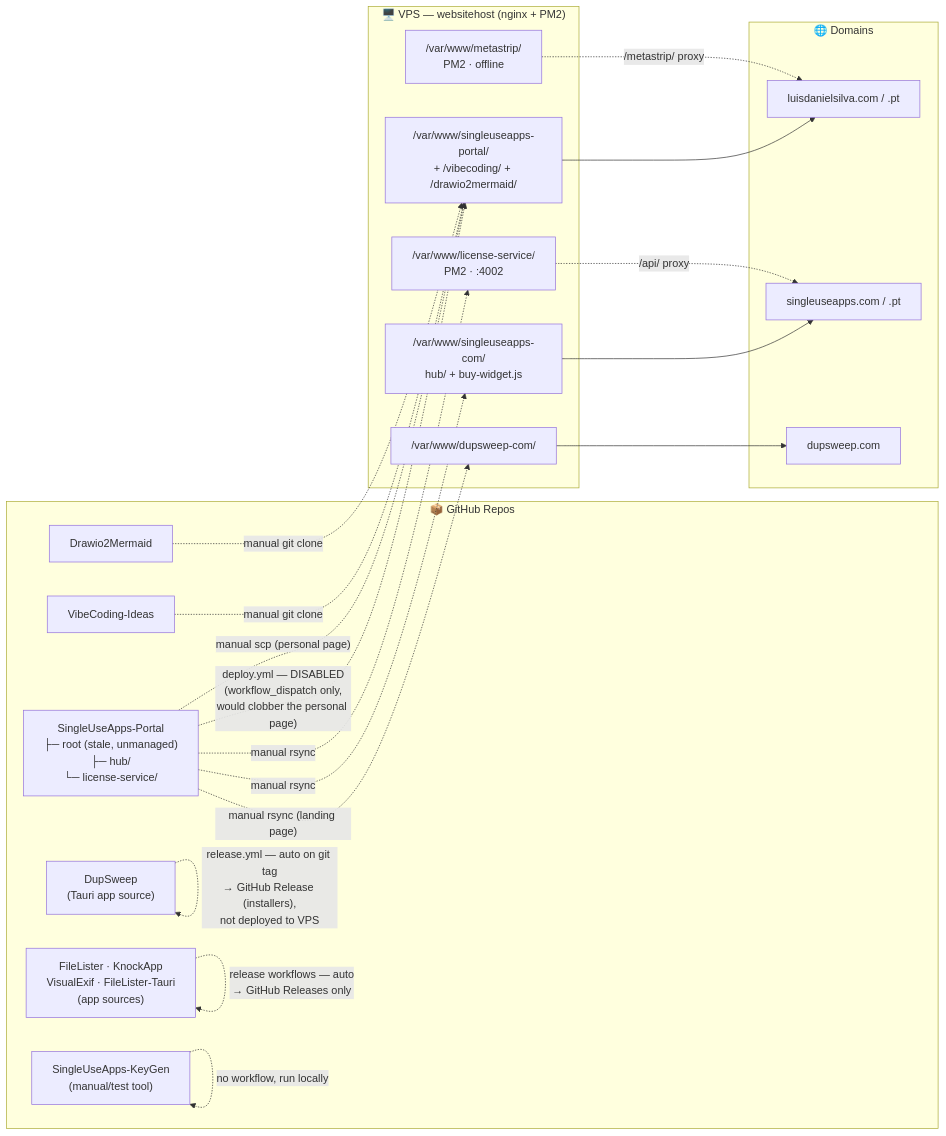
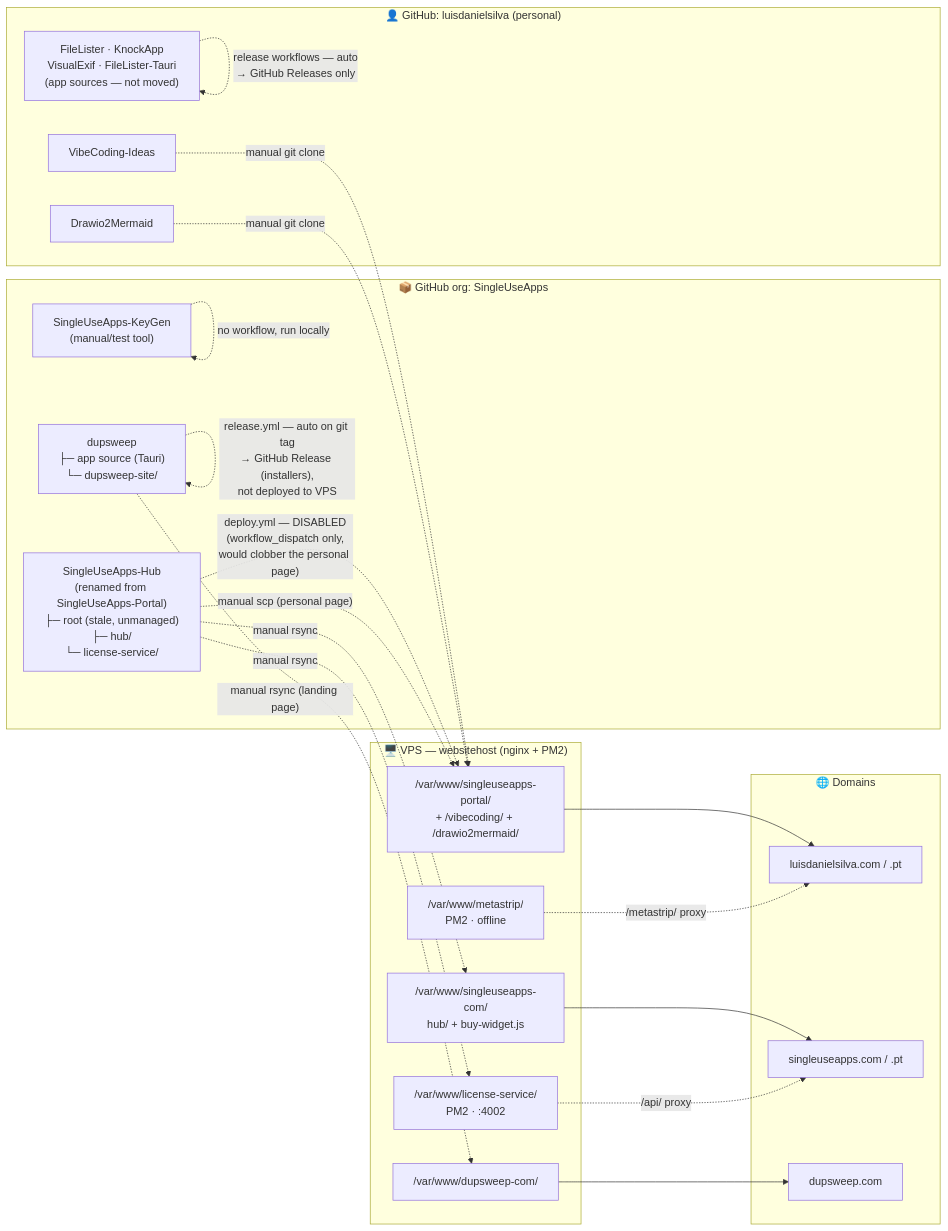
One commit to SingleUseApps/SingleUseApps-Hub changed the second of 2 diagrams in plan - singleuseappsportal.md. Above: the diagram before and after it, drawn with Mermaid. The commit also changed other lines of this file, not shown here.

First line of the commit message:
docs: record GitHub org build-out, update infra diagram

````diff
--- a/plan - singleuseappsportal.md
+++ b/plan - singleuseappsportal.md
@@ -283,43 +290,46 @@
 ```mermaid
 flowchart LR
-    subgraph GH["📦 GitHub Repos"]
-        Portal["SingleUseApps-Portal<br/>├─ root (stale, unmanaged)<br/>├─ hub/<br/>└─ license-service/"]
-        DupSweepRepo["DupSweep<br/>(Tauri app source)"]
-        OtherApps["FileLister · KnockApp<br/>VisualExif · FileLister-Tauri<br/>(app sources)"]
+    subgraph Org["📦 GitHub org: SingleUseApps"]
+        Hub["SingleUseApps-Hub<br/>(renamed from SingleUseApps-Portal)<br/>├─ root (stale, unmanaged)<br/>├─ hub/<br/>└─ license-service/"]
+        DupSweepRepo["dupsweep<br/>├─ app source (Tauri)<br/>└─ dupsweep-site/"]
         KeyGenRepo["SingleUseApps-KeyGen<br/>(manual/test tool)"]
+    end
+
+    subgraph Personal["👤 GitHub: luisdanielsilva (personal)"]
+        OtherApps["FileLister · KnockApp<br/>VisualExif · FileLister-Tauri<br/>(app sources — not moved)"]
         VibeRepo["VibeCoding-Ideas"]
         DrawioRepo["Drawio2Mermaid"]
     end
 
     subgraph VPS["🖥️ VPS — websitehost (nginx + PM2)"]
         PortalDir["/var/www/singleuseapps-portal/<br/>+ /vibecoding/ + /drawio2mermaid/"]
         HubDir["/var/www/singleuseapps-com/<br/>hub/ + buy-widget.js"]
         LicenseDir["/var/www/license-service/<br/>PM2 · :4002"]
         MetaDir["/var/www/metastrip/<br/>PM2 · offline"]
         DupSweepDir["/var/www/dupsweep-com/"]
     end
 
     subgraph Domains["🌐 Domains"]
         LDS["luisdanielsilva.com / .pt"]
         SUA["singleuseapps.com / .pt"]
         DS["dupsweep.com"]
     end
 
-    Portal -."deploy.yml — DISABLED<br/>(workflow_dispatch only,<br/>would clobber the personal page)".-> PortalDir
-    Portal -."manual scp (personal page)".-> PortalDir
-    Portal -."manual rsync".-> HubDir
-    Portal -."manual rsync".-> LicenseDir
-    Portal -."manual rsync (landing page)".-> DupSweepDir
+    Hub -."deploy.yml — DISABLED<br/>(workflow_dispatch only,<br/>would clobber the personal page)".-> PortalDir
+    Hub -."manual scp (personal page)".-> PortalDir
+    Hub -."manual rsync".-> HubDir
+    Hub -."manual rsync".-> LicenseDir
+    DupSweepRepo -."manual rsync (landing page)".-> DupSweepDir
     VibeRepo -."manual git clone".-> PortalDir
     DrawioRepo -."manual git clone".-> PortalDir
 
     DupSweepRepo -."release.yml — auto on git tag<br/>→ GitHub Release (installers),<br/>not deployed to VPS" .-> DupSweepRepo
     OtherApps -."release workflows — auto<br/>→ GitHub Releases only" .-> OtherApps
     KeyGenRepo -."no workflow, run locally" .-> KeyGenRepo
 
     PortalDir --> LDS
     HubDir --> SUA
     LicenseDir -."/api/ proxy" .-> SUA
     MetaDir -."/metastrip/ proxy" .-> LDS
     DupSweepDir --> DS
 ```
````
